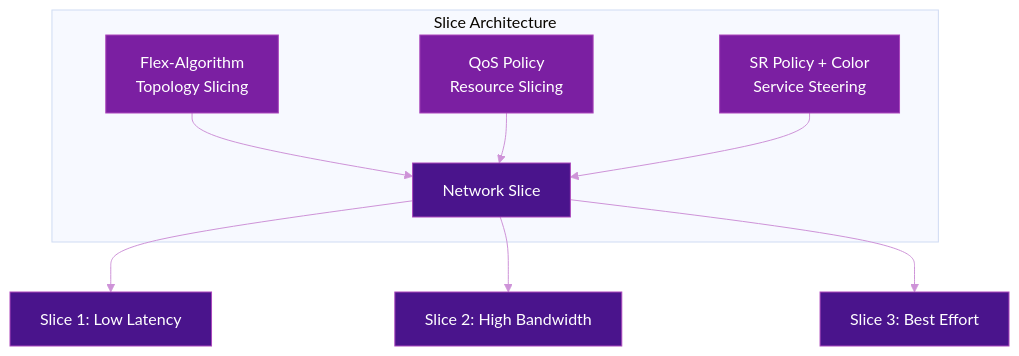
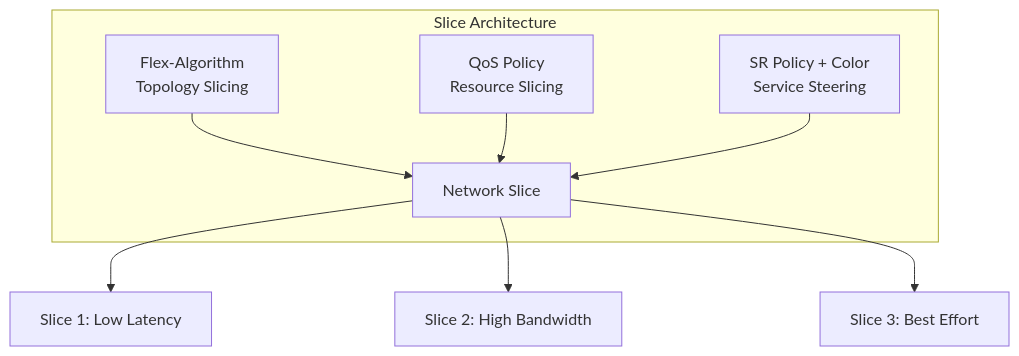
Before and after one commit to eldaninavas/srv6.md: the first of 2 diagrams in docs/use-cases/network-slicing.md, drawn with Mermaid. The commit also changed other lines of this file and 29 other files, not shown here.

First line of the commit message:
fix(mermaid): apply theme-aware colors site-wide

````diff
--- a/docs/use-cases/network-slicing.md
+++ b/docs/use-cases/network-slicing.md
@@ -40,20 +40,11 @@
 ```mermaid
-%%{init: {"theme": "base", "themeVariables": {"primaryTextColor": "#fff", "lineColor": "#ce93d8", "textColor": "#fff"}}}%%
 graph TB
     subgraph Slice Architecture
         FA[Flex-Algorithm<br/>Topology Slicing] --> SLICE[Network Slice]
         QOS[QoS Policy<br/>Resource Slicing] --> SLICE
         COLOR[SR Policy + Color<br/>Service Steering] --> SLICE
     end
     SLICE --> S1[Slice 1: Low Latency]
     SLICE --> S2[Slice 2: High Bandwidth]
     SLICE --> S3[Slice 3: Best Effort]
-
-    style FA fill:#7b1fa2,color:#fff,stroke:#ab47bc
-    style QOS fill:#7b1fa2,color:#fff,stroke:#ab47bc
-    style COLOR fill:#7b1fa2,color:#fff,stroke:#ab47bc
-    style SLICE fill:#4a148c,color:#fff,stroke:#ab47bc
-    style S1 fill:#4a148c,color:#fff,stroke:#ab47bc
-    style S2 fill:#4a148c,color:#fff,stroke:#ab47bc
-    style S3 fill:#4a148c,color:#fff,stroke:#ab47bc
 ```
````
